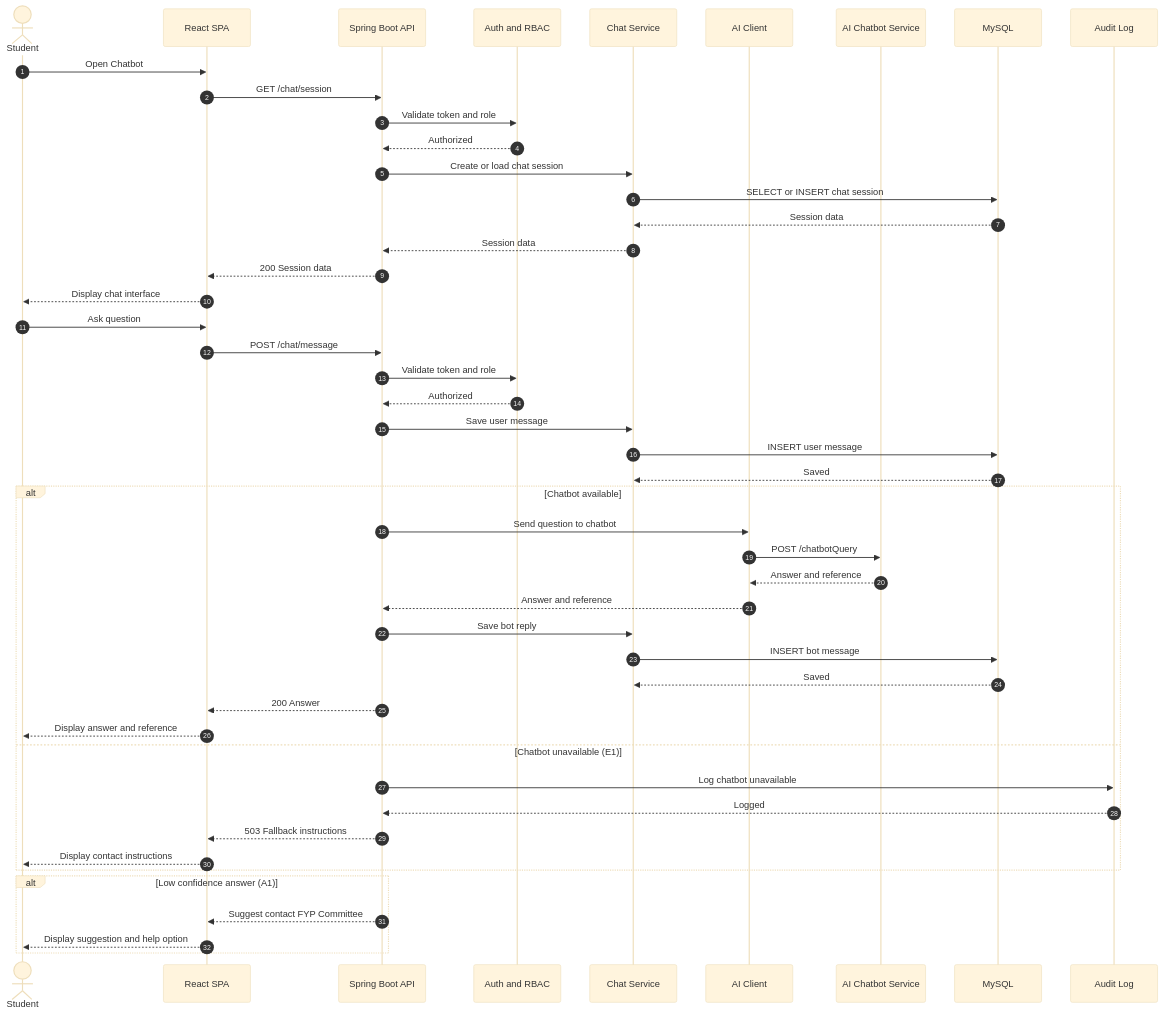
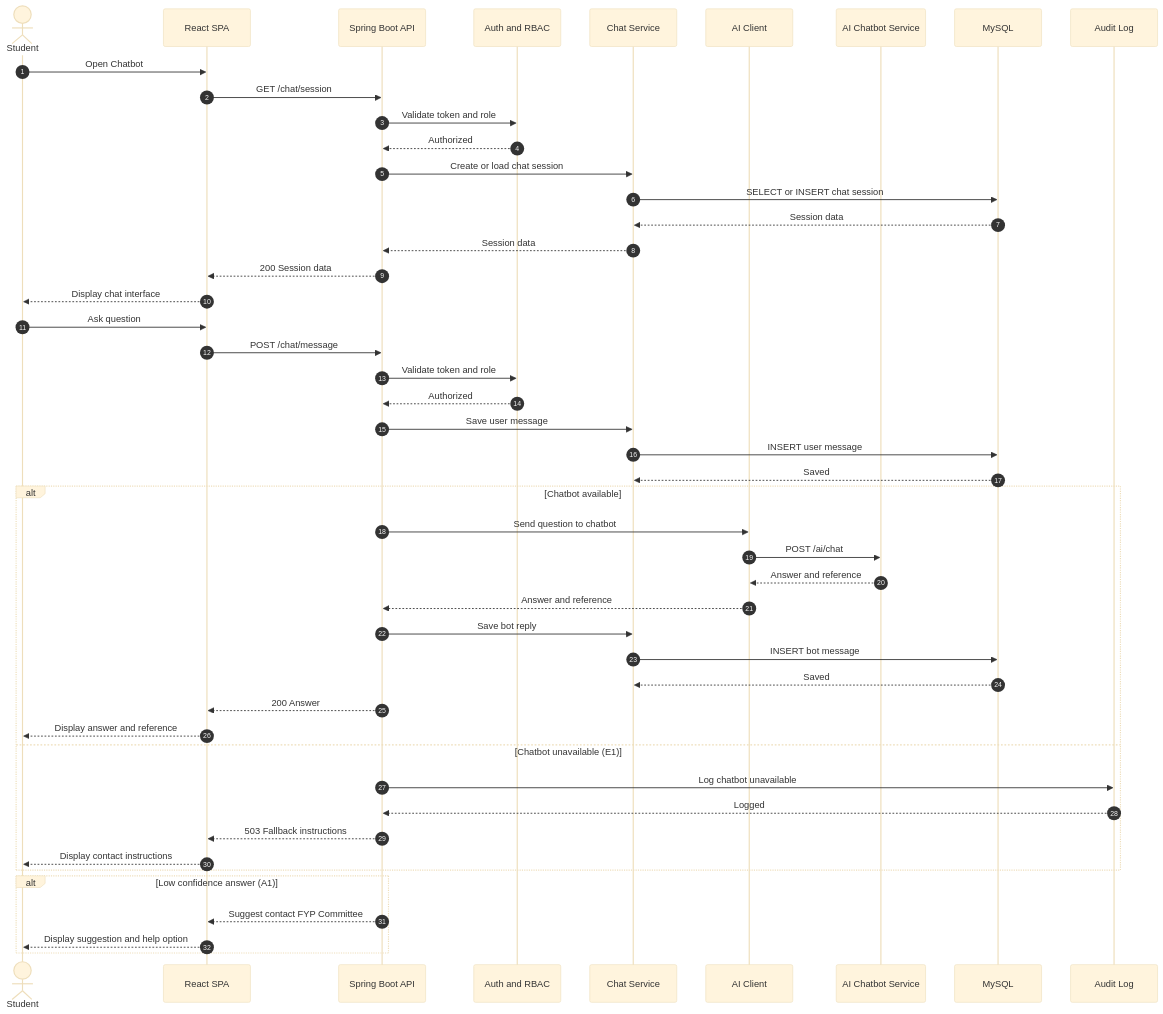
Before and after one commit to taizhixuan/fyp-supervision-system: diagram 15 of 36 in Project-info/reports/Sequence Diagram.md, drawn with Mermaid (base theme). The commit also changed other lines of this file and 5 other files, not shown here.

Commit message:
design docs: add UC34-36, extend UC1/14/30, sync ERD + data dictionary

````diff
--- a/Project-info/reports/Sequence Diagram.md
+++ b/Project-info/reports/Sequence Diagram.md
@@ -1228,54 +1289,54 @@
 ```mermaid
 sequenceDiagram
   autonumber
   actor STU as Student
   participant FE as React SPA
   participant BE as Spring Boot API
   participant AUTH as Auth and RBAC
   participant CHAT as Chat Service
   participant AIClient as AI Client
   participant AI as AI Chatbot Service
   participant DB as MySQL
   participant AUD as Audit Log
 
   STU->>FE: Open Chatbot
   FE->>BE: GET /chat/session
   BE->>AUTH: Validate token and role
   AUTH-->>BE: Authorized
   BE->>CHAT: Create or load chat session
   CHAT->>DB: SELECT or INSERT chat session
   DB-->>CHAT: Session data
   CHAT-->>BE: Session data
   BE-->>FE: 200 Session data
   FE-->>STU: Display chat interface
 
   STU->>FE: Ask question
   FE->>BE: POST /chat/message
   BE->>AUTH: Validate token and role
   AUTH-->>BE: Authorized
   BE->>CHAT: Save user message
   CHAT->>DB: INSERT user message
   DB-->>CHAT: Saved
 
   alt Chatbot available
     BE->>AIClient: Send question to chatbot
-    AIClient->>AI: POST /chatbotQuery
+    AIClient->>AI: POST /ai/chat
     AI-->>AIClient: Answer and reference
     AIClient-->>BE: Answer and reference
     BE->>CHAT: Save bot reply
     CHAT->>DB: INSERT bot message
     DB-->>CHAT: Saved
     BE-->>FE: 200 Answer
     FE-->>STU: Display answer and reference
   else Chatbot unavailable (E1)
     BE->>AUD: Log chatbot unavailable
     AUD-->>BE: Logged
     BE-->>FE: 503 Fallback instructions
     FE-->>STU: Display contact instructions
   end
 
   alt Low confidence answer (A1)
     BE-->>FE: Suggest contact FYP Committee
     FE-->>STU: Display suggestion and help option
   end
 ```
````
